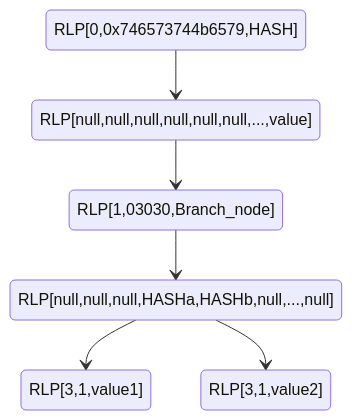
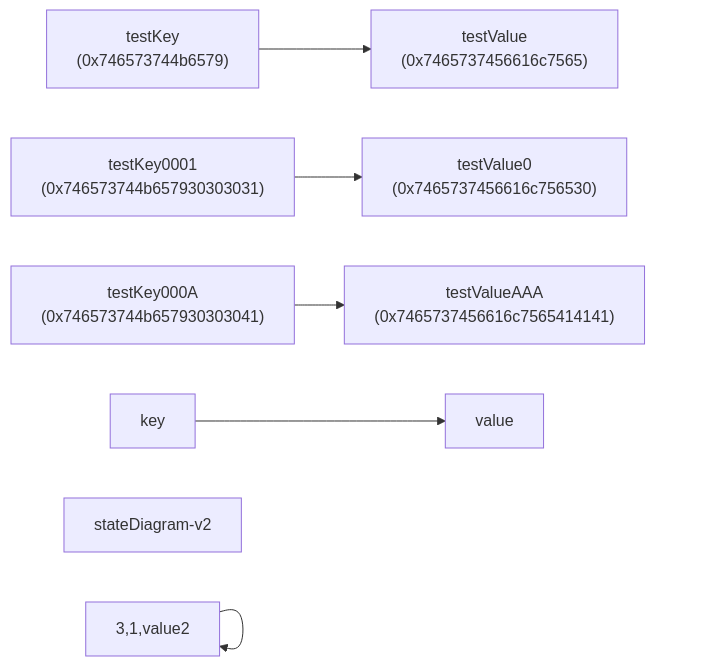
Before and after one commit to imelon2/awesome-mpt: the diagram in readme.md, drawn with Mermaid.

````diff
--- a/readme.md
+++ b/readme.md
@@ -3,8 +3,16 @@
 ```mermaid
+flowchart LR
+    0[key] --> value
+    1["testKey<br>(0x746573744b6579)"] --> 2["testValue<br>(0x7465737456616c7565)"]
+    3["testKey0001<br>(0x746573744b657930303031)"] --> 4["testValue0<br>(0x7465737456616c756530)"]
+    5["testKey000A<br>(0x746573744b657930303041)"] --> 6["testValueAAA<br>(0x7465737456616c7565414141)"]
+    
+    
 stateDiagram-v2
+
     RLP[0,0x746573744b6579,HASH] --> RLP[null,null,null,null,null,null,...,value]
     RLP[null,null,null,null,null,null,...,value] --> RLP[1,03030,Branch_node]
     RLP[1,03030,Branch_node] --> RLP[null,null,null,HASHa,HASHb,null,...,null]
     RLP[null,null,null,HASHa,HASHb,null,...,null] --> RLP[3,1,value1]
     RLP[null,null,null,HASHa,HASHb,null,...,null] --> RLP[3,1,value2]
 ```
````
